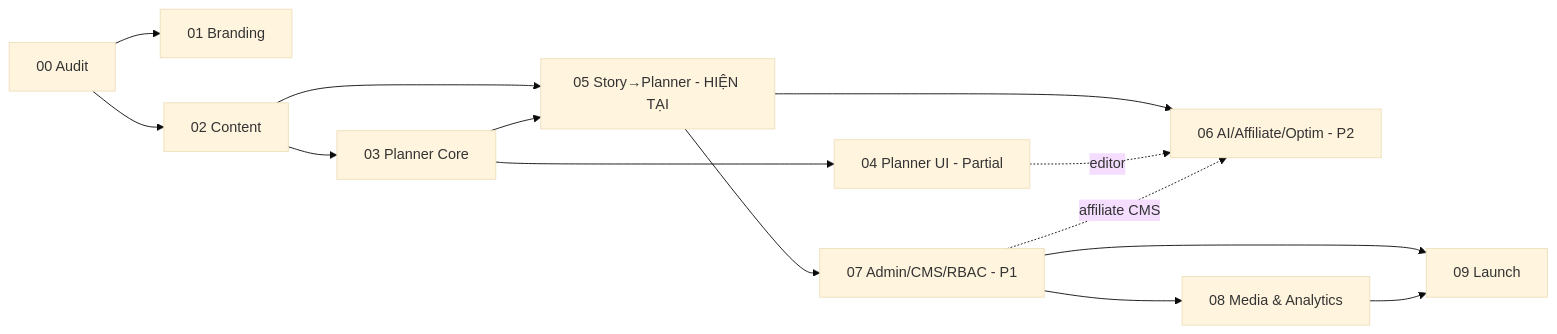
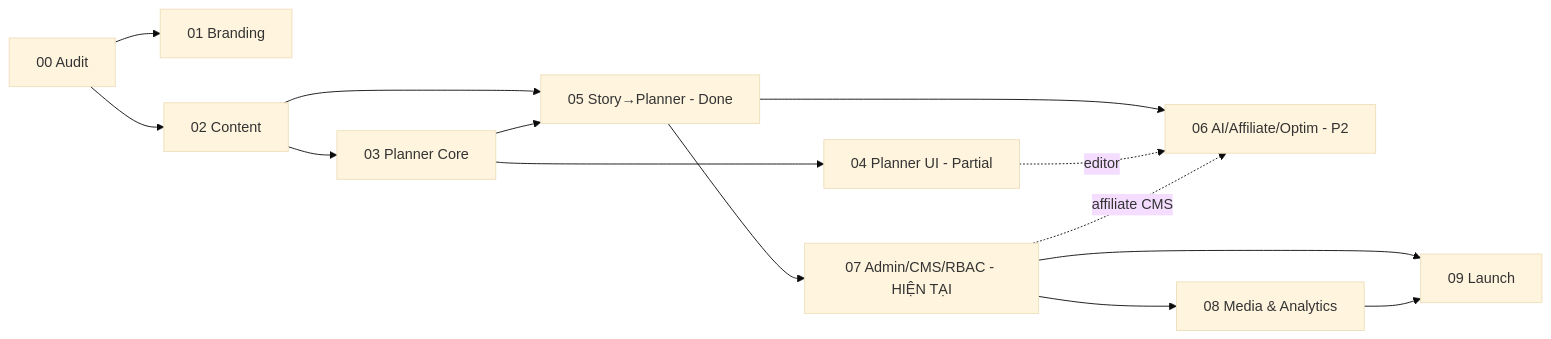
Before and after one commit to doanviethung1009/chuyennhahung_planner: the diagram in .claude/roadmap/PHASES.md, drawn with Mermaid (base theme). The commit also changed other lines of this file and 4 other files, not shown here.

````diff
--- a/.claude/roadmap/PHASES.md
+++ b/.claude/roadmap/PHASES.md
@@ -45,16 +45,16 @@
 ```mermaid
 flowchart LR
   P00[00 Audit] --> P01[01 Branding]
   P00 --> P02[02 Content]
   P02 --> P03[03 Planner Core]
   P03 --> P04[04 Planner UI - Partial]
   P02 --> P05
-  P03 --> P05[05 Story→Planner - HIỆN TẠI]
-  P05 --> P07[07 Admin/CMS/RBAC - P1]
+  P03 --> P05[05 Story→Planner - Done]
+  P05 --> P07[07 Admin/CMS/RBAC - HIỆN TẠI]
   P05 --> P06[06 AI/Affiliate/Optim - P2]
   P04 -. editor .-> P06
   P07 -. affiliate CMS .-> P06
   P07 --> P08[08 Media & Analytics]
   P07 --> P09[09 Launch]
   P08 --> P09
 ```
````
